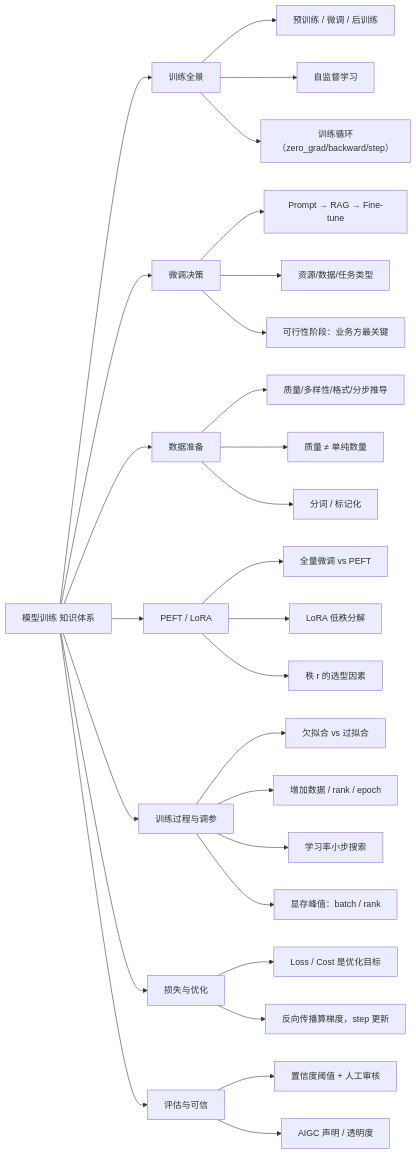
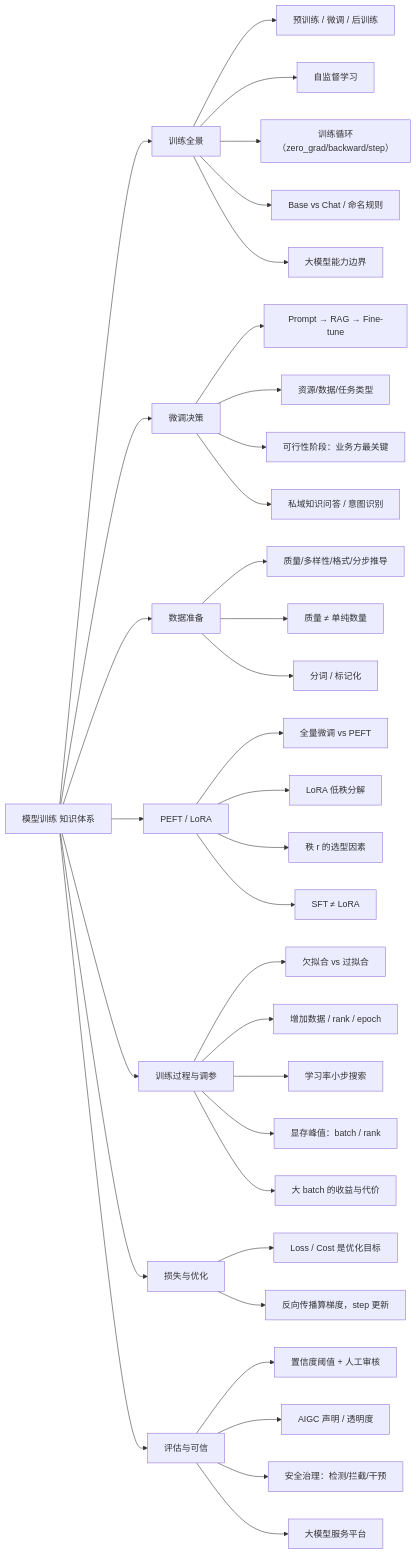
One commit to guoleihit/notes changed the diagram in notes/ACP/训练/模型训练 知识点总结.md. Above: the diagram before and after it, drawn with Mermaid. The commit also changed other lines of this file and 1 other file, not shown here.

````diff
--- a/notes/ACP/训练/模型训练 知识点总结.md
+++ b/notes/ACP/训练/模型训练 知识点总结.md
@@ -50,30 +55,37 @@
 ```mermaid
 flowchart LR
     T["模型训练 知识体系"] --> A["训练全景"]
     T --> B["微调决策"]
     T --> C["数据准备"]
     T --> D["PEFT / LoRA"]
     T --> E["训练过程与调参"]
     T --> F["损失与优化"]
     T --> G["评估与可信"]
     A --> A1["预训练 / 微调 / 后训练"]
     A --> A2["自监督学习"]
     A --> A3["训练循环（zero_grad/backward/step）"]
+    A --> A4["Base vs Chat / 命名规则"]
+    A --> A5["大模型能力边界"]
     B --> B1["Prompt → RAG → Fine-tune"]
     B --> B2["资源/数据/任务类型"]
     B --> B3["可行性阶段：业务方最关键"]
+    B --> B4["私域知识问答 / 意图识别"]
     C --> C1["质量/多样性/格式/分步推导"]
     C --> C2["质量 ≠ 单纯数量"]
     C --> C3["分词 / 标记化"]
     D --> D1["全量微调 vs PEFT"]
     D --> D2["LoRA 低秩分解"]
     D --> D3["秩 r 的选型因素"]
+    D --> D4["SFT ≠ LoRA"]
     E --> E1["欠拟合 vs 过拟合"]
     E --> E2["增加数据 / rank / epoch"]
     E --> E3["学习率小步搜索"]
     E --> E4["显存峰值：batch / rank"]
+    E --> E5["大 batch 的收益与代价"]
     F --> F1["Loss / Cost 是优化目标"]
     F --> F2["反向传播算梯度，step 更新"]
     G --> G1["置信度阈值 + 人工审核"]
     G --> G2["AIGC 声明 / 透明度"]
+    G --> G3["安全治理：检测/拦截/干预"]
+    G --> G4["大模型服务平台"]
 ```
````
